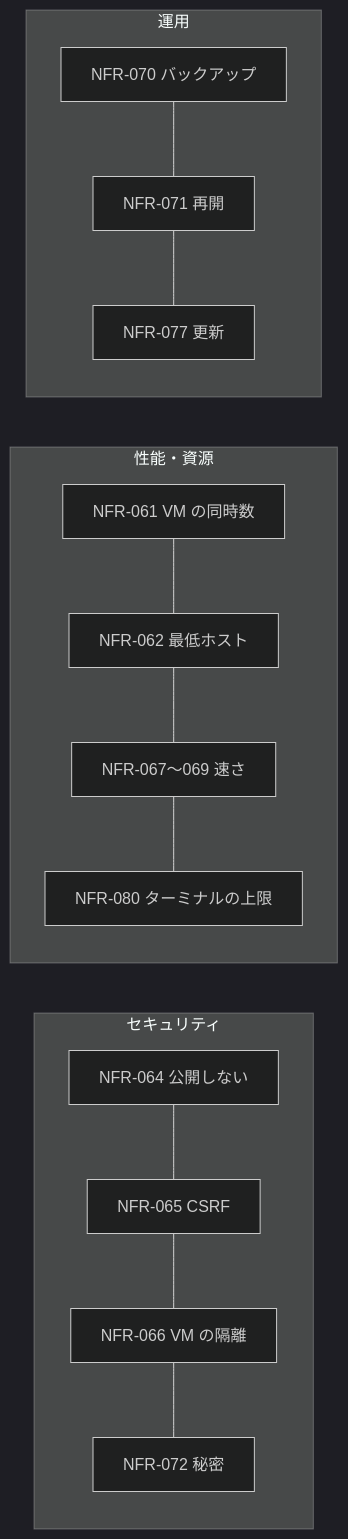
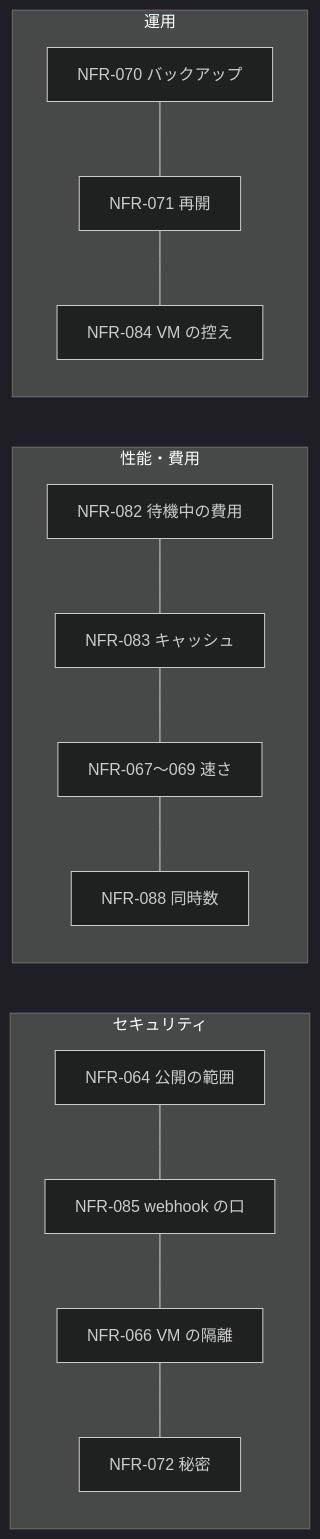
Before and after one commit to itiwoja/agent-team: the diagram in docs/design/05_non_functional.md, drawn with Mermaid (dark theme). The commit also changed other lines of this file and 25 other files, not shown here.

````diff
--- a/docs/design/05_non_functional.md
+++ b/docs/design/05_non_functional.md
@@ -16,12 +17,12 @@
 ```mermaid
 flowchart LR
  subgraph SEC["セキュリティ"]
-  N64["NFR-064 公開しない"] --- N65["NFR-065 CSRF"] --- N66["NFR-066 VM の隔離"] --- N72["NFR-072 秘密"]
+  N64["NFR-064 公開の範囲"] --- N85["NFR-085 webhook の口"] --- N66["NFR-066 VM の隔離"] --- N72["NFR-072 秘密"]
  end
- subgraph PERF["性能・資源"]
-  N61["NFR-061 VM の同時数"] --- N62["NFR-062 最低ホスト"] --- N67["NFR-067〜069 速さ"] --- N80["NFR-080 ターミナルの上限"]
+ subgraph PERF["性能・費用"]
+  N82["NFR-082 待機中の費用"] --- N83["NFR-083 キャッシュ"] --- N67["NFR-067〜069 速さ"] --- N88["NFR-088 同時数"]
  end
  subgraph OPS["運用"]
-  N70["NFR-070 バックアップ"] --- N71["NFR-071 再開"] --- N77["NFR-077 更新"]
+  N70["NFR-070 バックアップ"] --- N71["NFR-071 再開"] --- N84["NFR-084 VM の控え"]
  end
 ```
````
